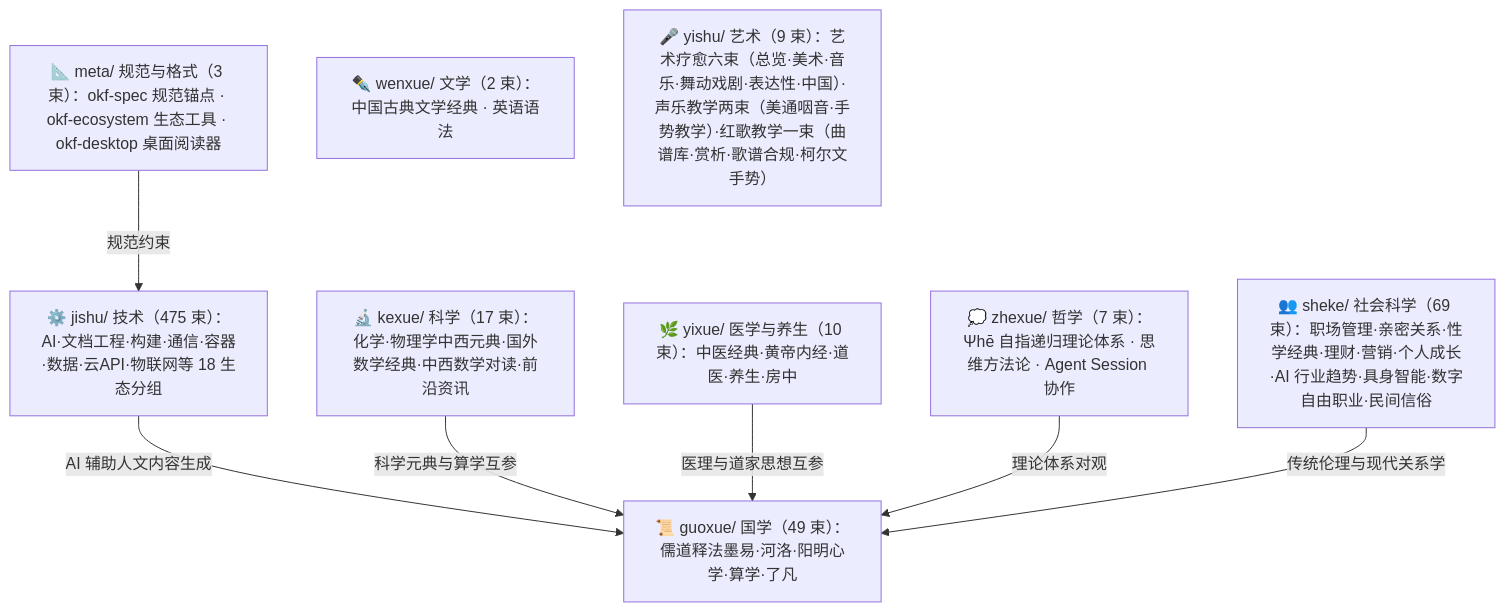
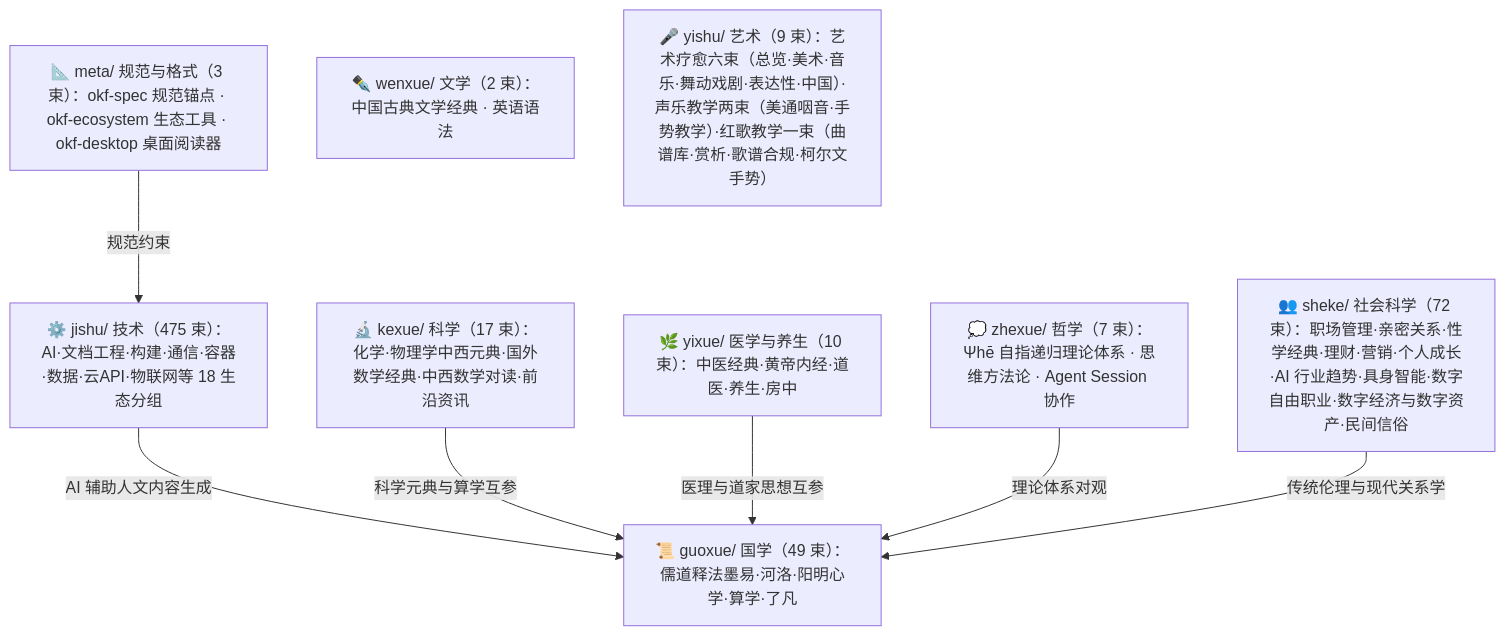
Before and after one commit to awesome-flexloop/awesome-okf: the diagram in doc/bundles/index.md, drawn with Mermaid. The commit also changed other lines of this file and 24 other files, not shown here.

````diff
--- a/doc/bundles/index.md
+++ b/doc/bundles/index.md
@@ -21,18 +21,18 @@
 ```mermaid
 flowchart TD
     meta["📐 meta/ 规范与格式（3 束）：okf-spec 规范锚点 · okf-ecosystem 生态工具 · okf-desktop 桌面阅读器"]
     guoxue["📜 guoxue/ 国学（49 束）：儒道释法墨易·河洛·阳明心学·算学·了凡"]
     zhexue["💭 zhexue/ 哲学（7 束）：Ψhē 自指递归理论体系 · 思维方法论 · Agent Session 协作"]
     kexue["🔬 kexue/ 科学（17 束）：化学·物理学中西元典·国外数学经典·中西数学对读·前沿资讯"]
     wenxue["✒️ wenxue/ 文学（2 束）：中国古典文学经典 · 英语语法"]
     yixue["🌿 yixue/ 医学与养生（10 束）：中医经典·黄帝内经·道医·养生·房中"]
-    sheke["👥 sheke/ 社会科学（69 束）：职场管理·亲密关系·性学经典·理财·营销·个人成长·AI 行业趋势·具身智能·数字自由职业·民间信俗"]
+    sheke["👥 sheke/ 社会科学（72 束）：职场管理·亲密关系·性学经典·理财·营销·个人成长·AI 行业趋势·具身智能·数字自由职业·数字经济与数字资产·民间信俗"]
     yishu["🎤 yishu/ 艺术（9 束）：艺术疗愈六束（总览·美术·音乐·舞动戏剧·表达性·中国）·声乐教学两束（美通咽音·手势教学）·红歌教学一束（曲谱库·赏析·歌谱合规·柯尔文手势）"]
     jishu["⚙️ jishu/ 技术（475 束）：AI·文档工程·构建·通信·容器·数据·云API·物联网等 18 生态分组"]
     meta -->|"规范约束"| jishu
     jishu -->|"AI 辅助人文内容生成"| guoxue
     kexue -->|"科学元典与算学互参"| guoxue
     yixue -->|"医理与道家思想互参"| guoxue
     zhexue -->|"理论体系对观"| guoxue
     sheke -->|"传统伦理与现代关系学"| guoxue
 ```
````
